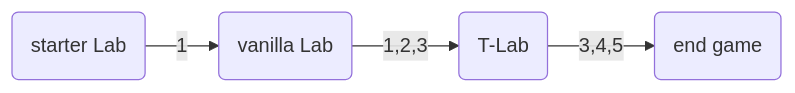
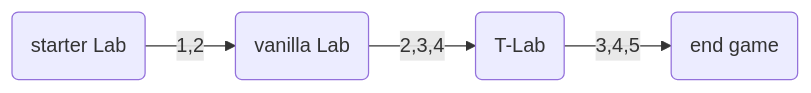
Before and after one commit to PreLeyZero/248k-2: the first of 4 diagrams in mod_progression.md, drawn with Mermaid. The commit also changed other lines of this file and 3 other files, not shown here.

````diff
--- a/mod_progression.md
+++ b/mod_progression.md
@@ -30,4 +30,4 @@
 ```mermaid
   flowchart LR;
-    A(starter Lab) --> |1| B(vanilla Lab) --> |1,2,3| C(T-Lab) --> |3,4,5| D(end game)
+    A(starter Lab) --> |1,2| B(vanilla Lab) --> |2,3,4| C(T-Lab) --> |3,4,5| D(end game)
 ```
````
